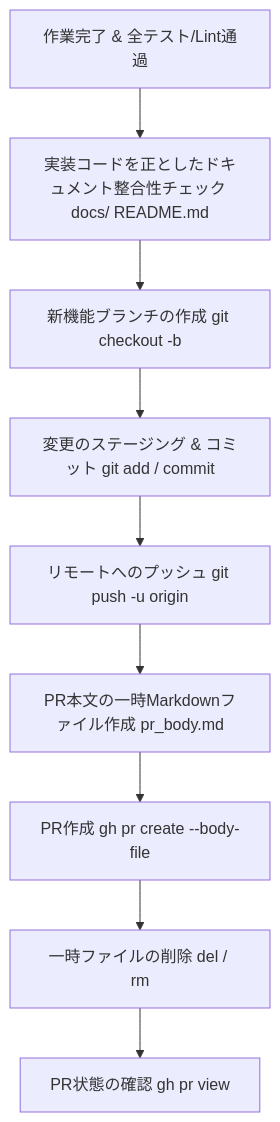
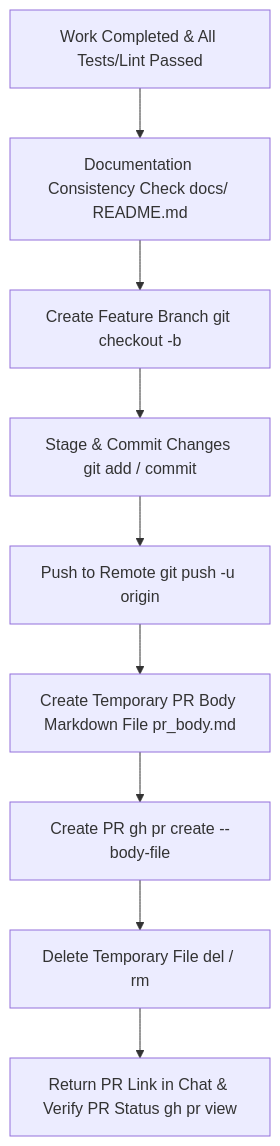
The diagram in .agents/skills/github-pr-workflow/SKILL.md (xxkuboxx/jev-eval), drawn with Mermaid before and after one commit. The commit also changed other lines of this file and 15 other files, not shown here.

````diff
--- a/.agents/skills/github-pr-workflow/SKILL.md
+++ b/.agents/skills/github-pr-workflow/SKILL.md
@@ -14,11 +14,11 @@
 ```mermaid
 flowchart TD
-    A[作業完了 & 全テスト/Lint通過] --> B[実装コードを正としたドキュメント整合性チェック docs/ README.md]
-    B --> C[新機能ブランチの作成 git checkout -b]
-    C --> D[変更のステージング & コミット git add / commit]
-    D --> E[リモートへのプッシュ git push -u origin]
-    E --> F[PR本文の一時Markdownファイル作成 pr_body.md]
-    F --> G[PR作成 gh pr create --body-file]
-    G --> H[一時ファイルの削除 del / rm]
-    H --> I[PR状態の確認 gh pr view]
+    A[Work Completed & All Tests/Lint Passed] --> B[Documentation Consistency Check docs/ README.md]
+    B --> C[Create Feature Branch git checkout -b]
+    C --> D[Stage & Commit Changes git add / commit]
+    D --> E[Push to Remote git push -u origin]
+    E --> F[Create Temporary PR Body Markdown File pr_body.md]
+    F --> G[Create PR gh pr create --body-file]
+    G --> H[Delete Temporary File del / rm]
+    H --> I[Return PR Link in Chat & Verify PR Status gh pr view]
 ```
````
